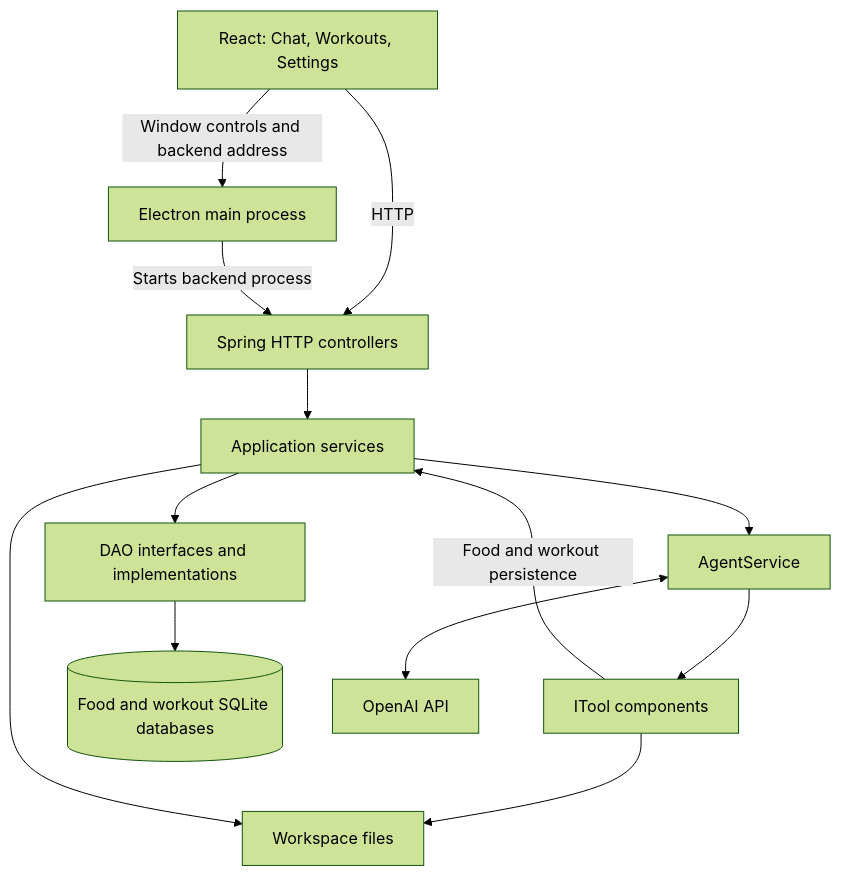
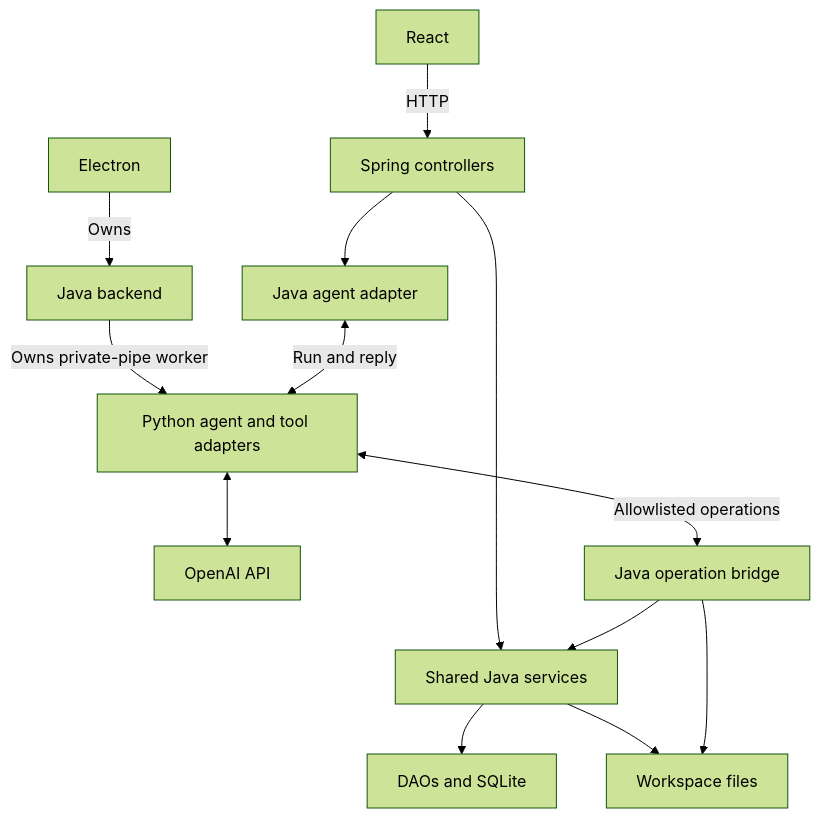
One commit to phanmi/tyler_agent changed the diagram in docs/DEVELOPMENT.md. Above: the diagram before and after it, drawn with Mermaid (forest theme). The commit also changed other lines of this file and 38 other files, not shown here.

````diff
--- a/docs/DEVELOPMENT.md
+++ b/docs/DEVELOPMENT.md
@@ -99,26 +111,15 @@
 ```mermaid
 flowchart TB
-    UI["React: Chat, Workouts, Settings"]
-    Desktop["Electron main process"]
-    Controllers["Spring HTTP controllers"]
-    Services["Application services"]
-    Agent["AgentService"]
-    Tools["ITool components"]
-    Data["DAO interfaces and implementations"]
-    SQLite[("Food and workout SQLite databases")]
-    Files["Workspace files"]
-    OpenAI["OpenAI API"]
-
-    UI -->|HTTP| Controllers
-    UI -->|Window controls and backend address| Desktop
-    Desktop -->|Starts backend process| Controllers
-    Controllers --> Services
-    Services --> Agent
-    Agent <--> OpenAI
-    Agent --> Tools
-    Services --> Data
-    Tools -->|Food and workout persistence| Services
-    Data --> SQLite
-    Tools --> Files
-    Services --> Files
+    UI[React] -->|HTTP| Controllers[Spring controllers]
+    Desktop[Electron] -->|Owns| Java[Java backend]
+    Controllers --> Adapter[Java agent adapter]
+    Java -->|Owns private-pipe worker| Python[Python agent and tool adapters]
+    Adapter <-->|Run and reply| Python
+    Python <--> OpenAI[OpenAI API]
+    Python <-->|Allowlisted operations| Bridge[Java operation bridge]
+    Controllers --> Services[Shared Java services]
+    Bridge --> Services
+    Services --> Data[DAOs and SQLite]
+    Services --> Files[Workspace files]
+    Bridge --> Files
 ```
````
